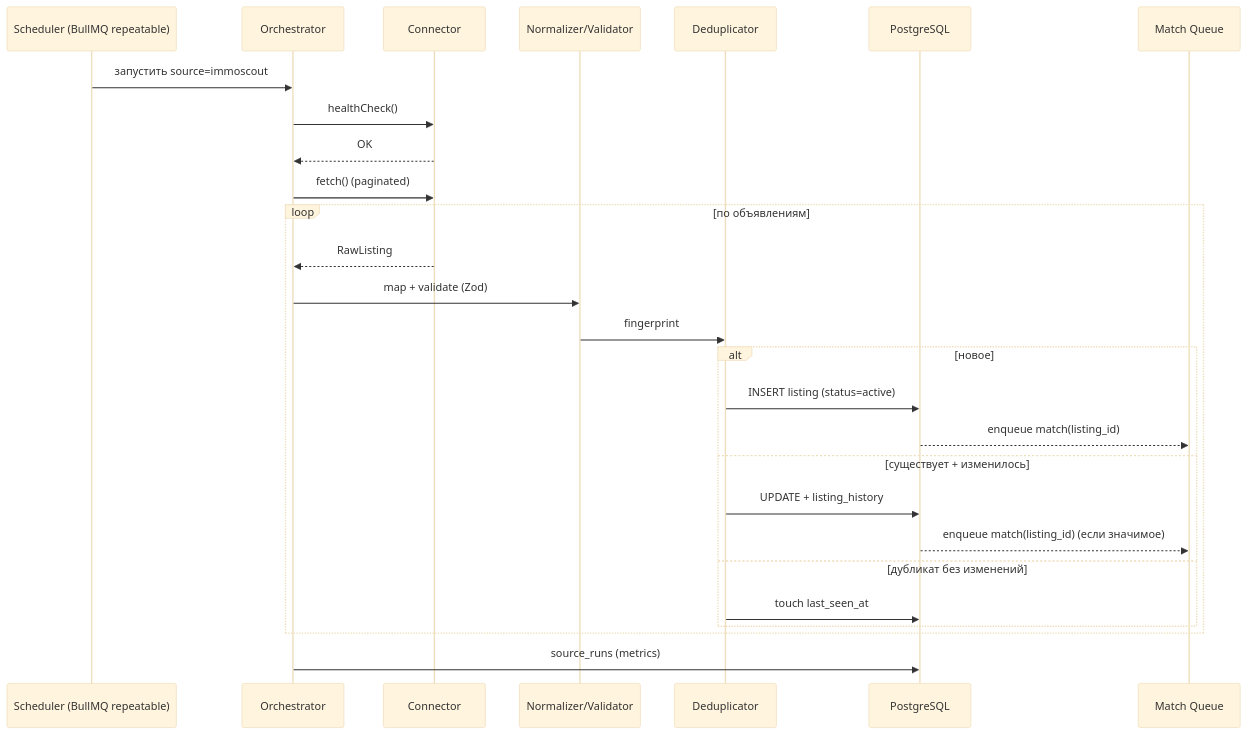
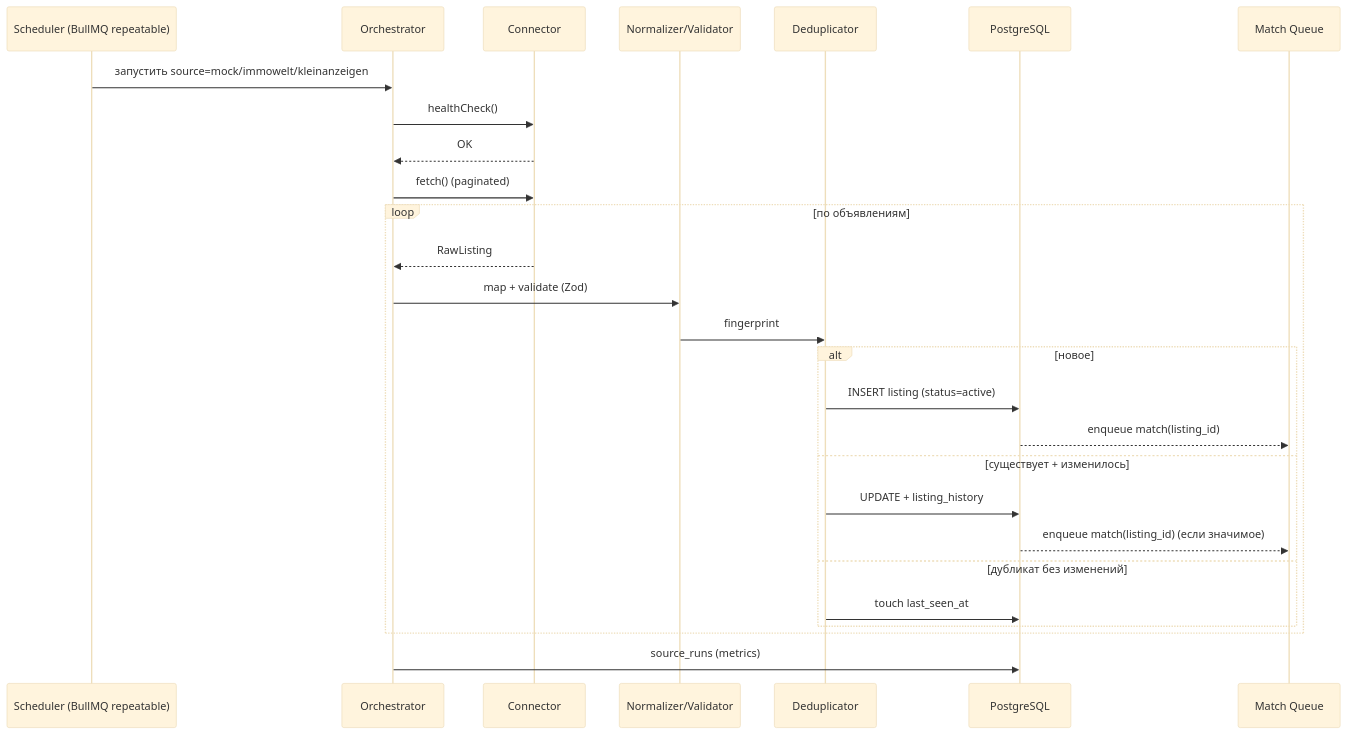
The second of 2 diagrams in docs/09-Integration-Architecture.md (Antisho4kas/SucheWohnung), drawn with Mermaid (base theme) before and after one commit. The commit also changed other lines of this file and 186 other files, not shown here.

````diff
--- a/docs/09-Integration-Architecture.md
+++ b/docs/09-Integration-Architecture.md
@@ -62,30 +62,30 @@
 ```mermaid
 sequenceDiagram
     participant S as Scheduler (BullMQ repeatable)
     participant O as Orchestrator
     participant Cn as Connector
     participant N as Normalizer/Validator
     participant D as Deduplicator
     participant DB as PostgreSQL
     participant Q as Match Queue
 
-    S->>O: запустить source=immoscout
+    S->>O: запустить source=mock/immowelt/kleinanzeigen
     O->>Cn: healthCheck()
     Cn-->>O: OK
     O->>Cn: fetch() (paginated)
     loop по объявлениям
         Cn-->>O: RawListing
         O->>N: map + validate (Zod)
         N->>D: fingerprint
         alt новое
             D->>DB: INSERT listing (status=active)
             DB-->>Q: enqueue match(listing_id)
         else существует + изменилось
             D->>DB: UPDATE + listing_history
             DB-->>Q: enqueue match(listing_id) (если значимое)
         else дубликат без изменений
             D->>DB: touch last_seen_at
         end
     end
     O->>DB: source_runs (metrics)
 ```
````
